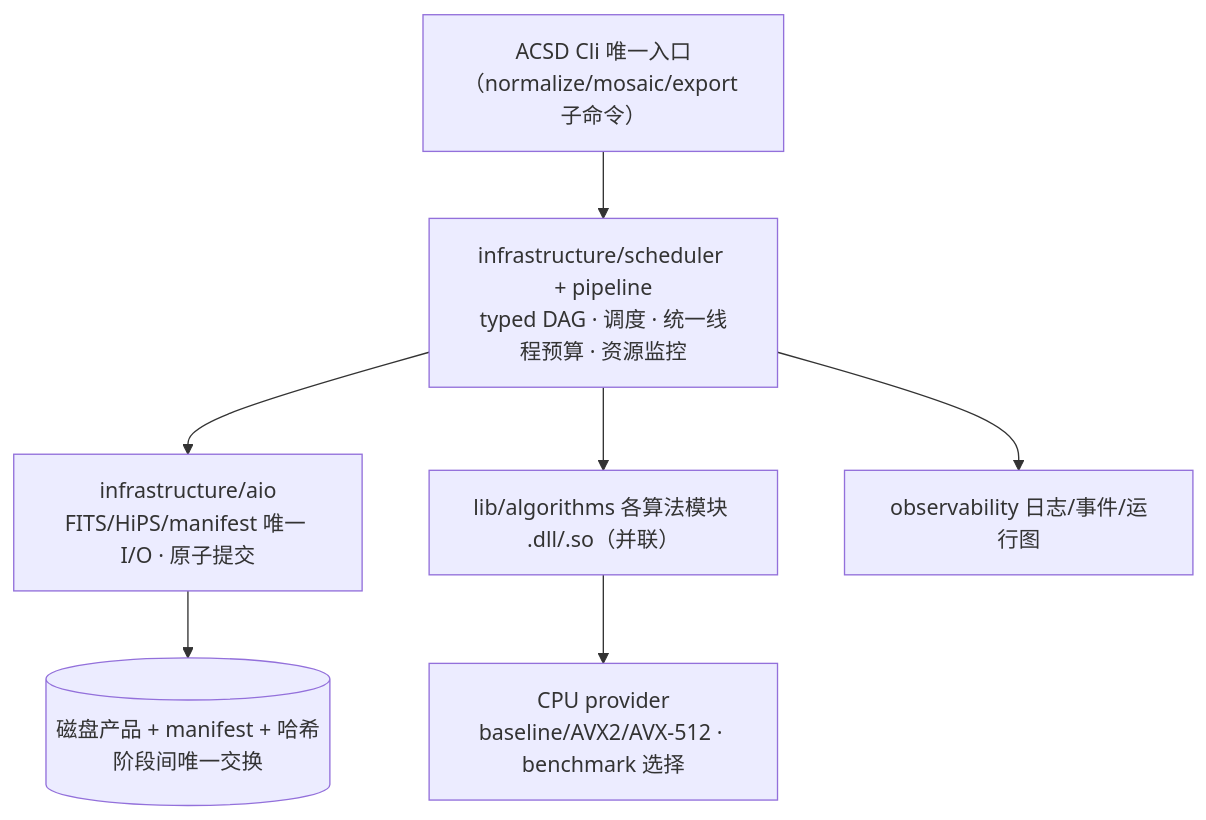
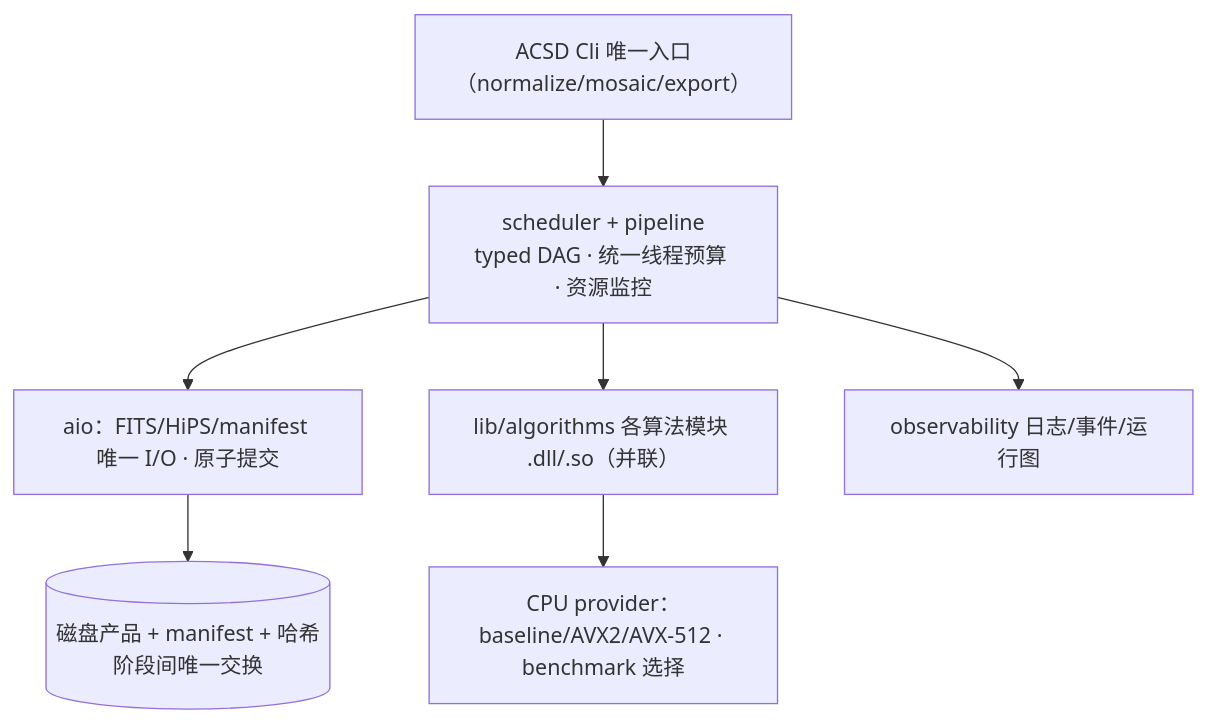
The ninth of 11 diagrams in ASTROCS_DESIGN.md (fujiaze/Astro-CS-Database), drawn with Mermaid before and after one commit. The commit also changed other lines of this file and 4 other files, not shown here.

````diff
--- a/ASTROCS_DESIGN.md
+++ b/ASTROCS_DESIGN.md
@@ -900,10 +482,10 @@
 ```mermaid
 flowchart TD
-    EXE["ACSD Cli 唯一入口（normalize/mosaic/export 子命令）"]
-    EXE --> RT["infrastructure/scheduler + pipeline<br/>typed DAG · 调度 · 统一线程预算 · 资源监控"]
-    RT --> AIO["infrastructure/aio<br/>FITS/HiPS/manifest 唯一 I/O · 原子提交"]
+    EXE["ACSD Cli 唯一入口（normalize/mosaic/export）"]
+    EXE --> RT["scheduler + pipeline<br/>typed DAG · 统一线程预算 · 资源监控"]
+    RT --> AIO["aio：FITS/HiPS/manifest 唯一 I/O · 原子提交"]
     RT --> ALG["lib/algorithms 各算法模块 .dll/.so（并联）"]
-    ALG --> CPU["CPU provider<br/>baseline/AVX2/AVX-512 · benchmark 选择"]
+    ALG --> CPU["CPU provider：baseline/AVX2/AVX-512 · benchmark 选择"]
     AIO --> DISK[("磁盘产品 + manifest + 哈希<br/>阶段间唯一交换")]
     RT --> OBS["observability 日志/事件/运行图"]
 ```
````
